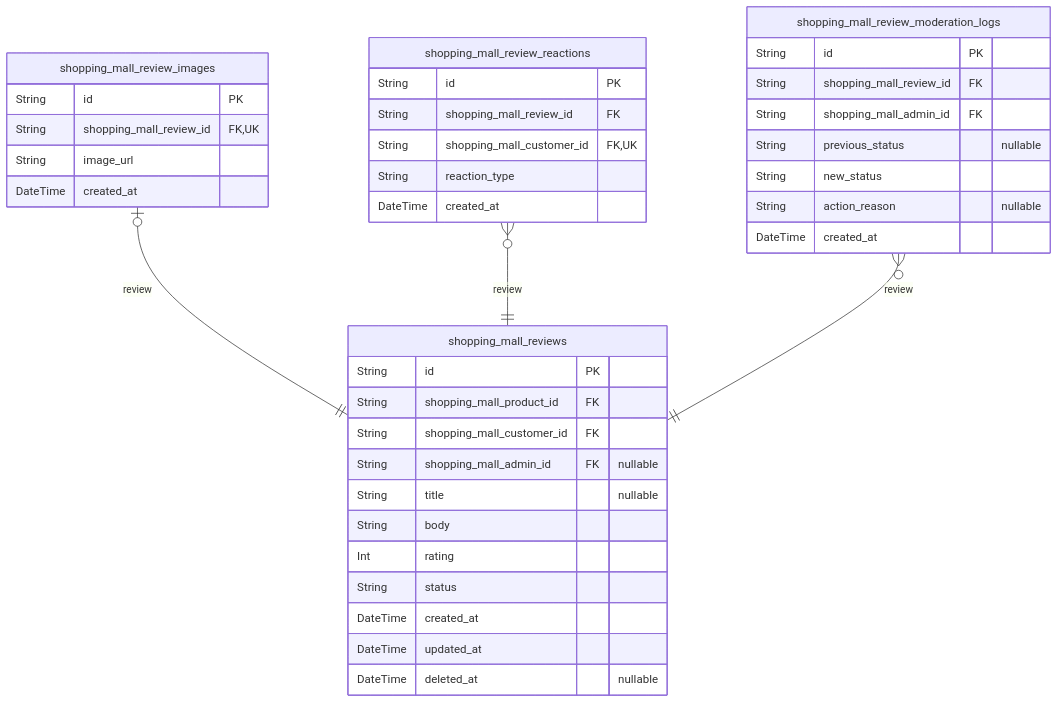
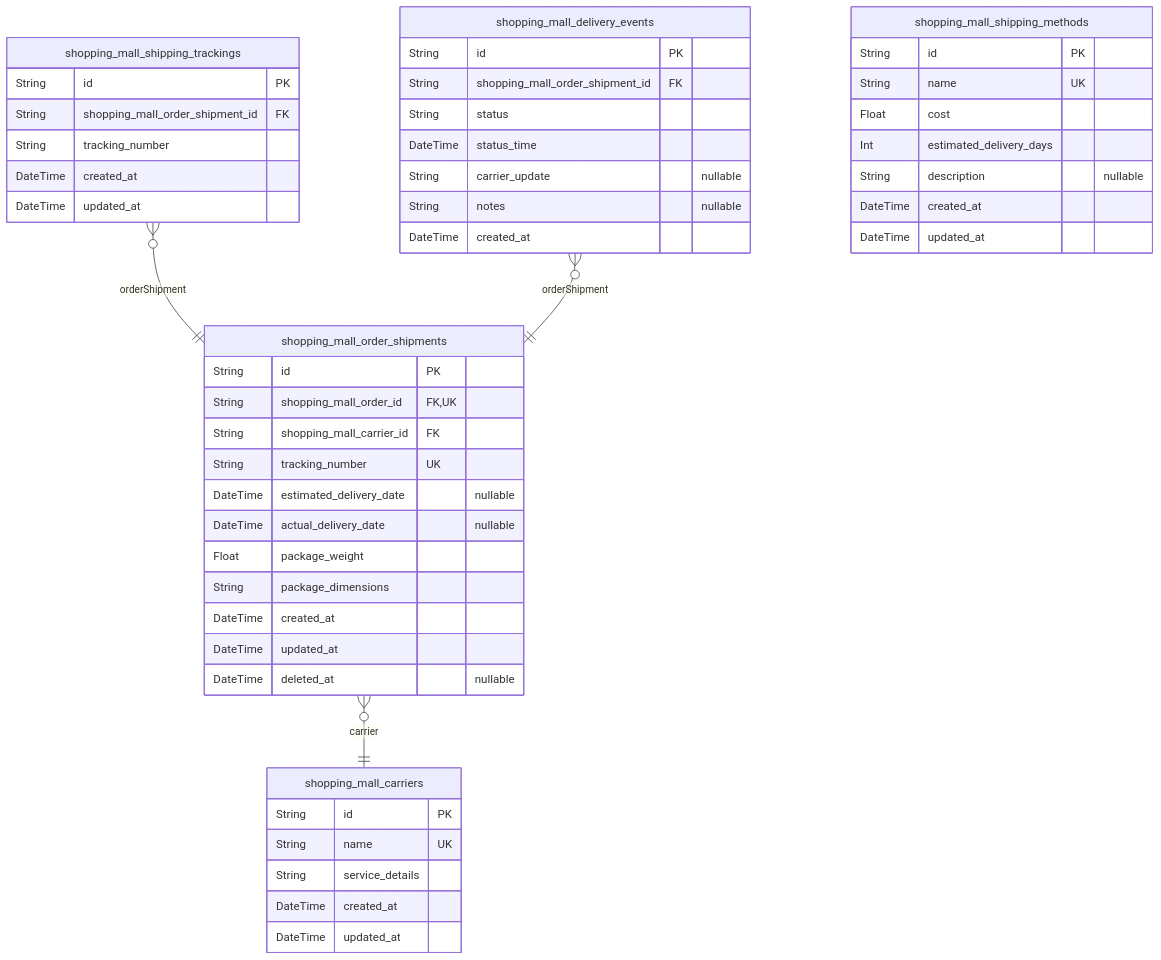
Before and after one commit to wrtnlabs/autobe-examples: the eighth of 11 diagrams in qwen/qwen3-next-80b-a3b-instruct/shopping/docs/ERD.md, drawn with Mermaid. The commit also changed other lines of this file and 6988 other files, not shown here.

````diff
--- a/qwen/qwen3-next-80b-a3b-instruct/shopping/docs/ERD.md
+++ b/qwen/qwen3-next-80b-a3b-instruct/shopping/docs/ERD.md
@@ -1396,41 +3781,51 @@
 ```mermaid
 erDiagram
-"shopping_mall_reviews" {
+"shopping_mall_carriers" {
   String id PK
-  String shopping_mall_product_id FK
-  String shopping_mall_customer_id FK
-  String shopping_mall_admin_id FK "nullable"
-  String title "nullable"
-  String body
-  Int rating
+  String name UK
+  String service_details
+  DateTime created_at
+  DateTime updated_at
+}
+"shopping_mall_shipping_trackings" {
+  String id PK
+  String shopping_mall_order_shipment_id FK
+  String tracking_number
+  DateTime created_at
+  DateTime updated_at
+}
+"shopping_mall_delivery_events" {
+  String id PK
+  String shopping_mall_order_shipment_id FK
   String status
+  DateTime status_time
+  String carrier_update "nullable"
+  String notes "nullable"
+  DateTime created_at
+}
+"shopping_mall_order_shipments" {
+  String id PK
+  String shopping_mall_order_id FK,UK
+  String shopping_mall_carrier_id FK
+  String tracking_number UK
+  DateTime estimated_delivery_date "nullable"
+  DateTime actual_delivery_date "nullable"
+  Float package_weight
+  String package_dimensions
   DateTime created_at
   DateTime updated_at
   DateTime deleted_at "nullable"
 }
-"shopping_mall_review_images" {
+"shopping_mall_shipping_methods" {
   String id PK
-  String shopping_mall_review_id FK,UK
-  String image_url
+  String name UK
+  Float cost
+  Int estimated_delivery_days
+  String description "nullable"
   DateTime created_at
+  DateTime updated_at
 }
-"shopping_mall_review_reactions" {
-  String id PK
-  String shopping_mall_review_id FK
-  String shopping_mall_customer_id FK,UK
-  String reaction_type
-  DateTime created_at
-}
-"shopping_mall_review_moderation_logs" {
-  String id PK
-  String shopping_mall_review_id FK
-  String shopping_mall_admin_id FK
-  String previous_status "nullable"
-  String new_status
-  String action_reason "nullable"
-  DateTime created_at
-}
-"shopping_mall_review_images" |o--|| "shopping_mall_reviews" : review
-"shopping_mall_review_reactions" }o--|| "shopping_mall_reviews" : review
-"shopping_mall_review_moderation_logs" }o--|| "shopping_mall_reviews" : review
+"shopping_mall_shipping_trackings" }o--|| "shopping_mall_order_shipments" : orderShipment
+"shopping_mall_delivery_events" }o--|| "shopping_mall_order_shipments" : orderShipment
+"shopping_mall_order_shipments" }o--|| "shopping_mall_carriers" : carrier
 ```
````
